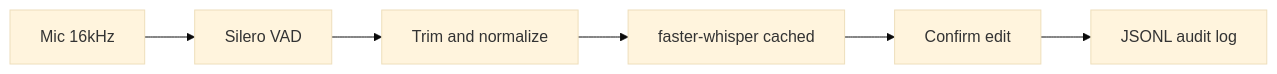
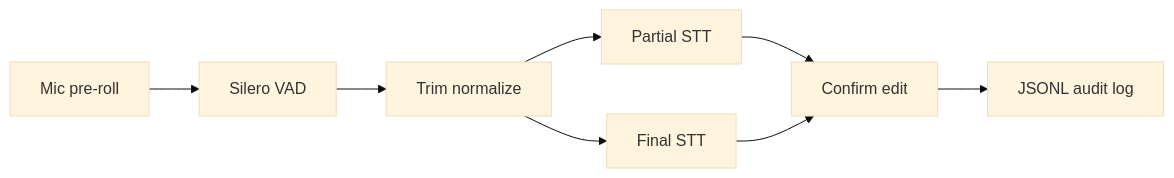
The diagram in README.md (HrutikPisal/local-voice-agent), drawn with Mermaid (base theme) before and after one commit. The commit also changed other lines of this file and 33 other files, not shown here.

Commit message:
feat(voice): CPU voice-in pipeline — streaming STT, preload, adaptive VAD, events

````diff
--- a/README.md
+++ b/README.md
@@ -46,10 +46,12 @@
 ```mermaid
 flowchart LR
-  mic[Mic 16kHz]
+  mic[Mic pre-roll]
   vad[Silero VAD]
-  prep[Trim and normalize]
-  stt[faster-whisper cached]
+  prep[Trim normalize]
+  partial[Partial STT]
+  stt[Final STT]
   ui[Confirm edit]
   audit[JSONL audit log]
-  mic --> vad --> prep --> stt --> ui --> audit
+  mic --> vad --> prep --> partial --> ui
+  prep --> stt --> ui --> audit
 ```
````
